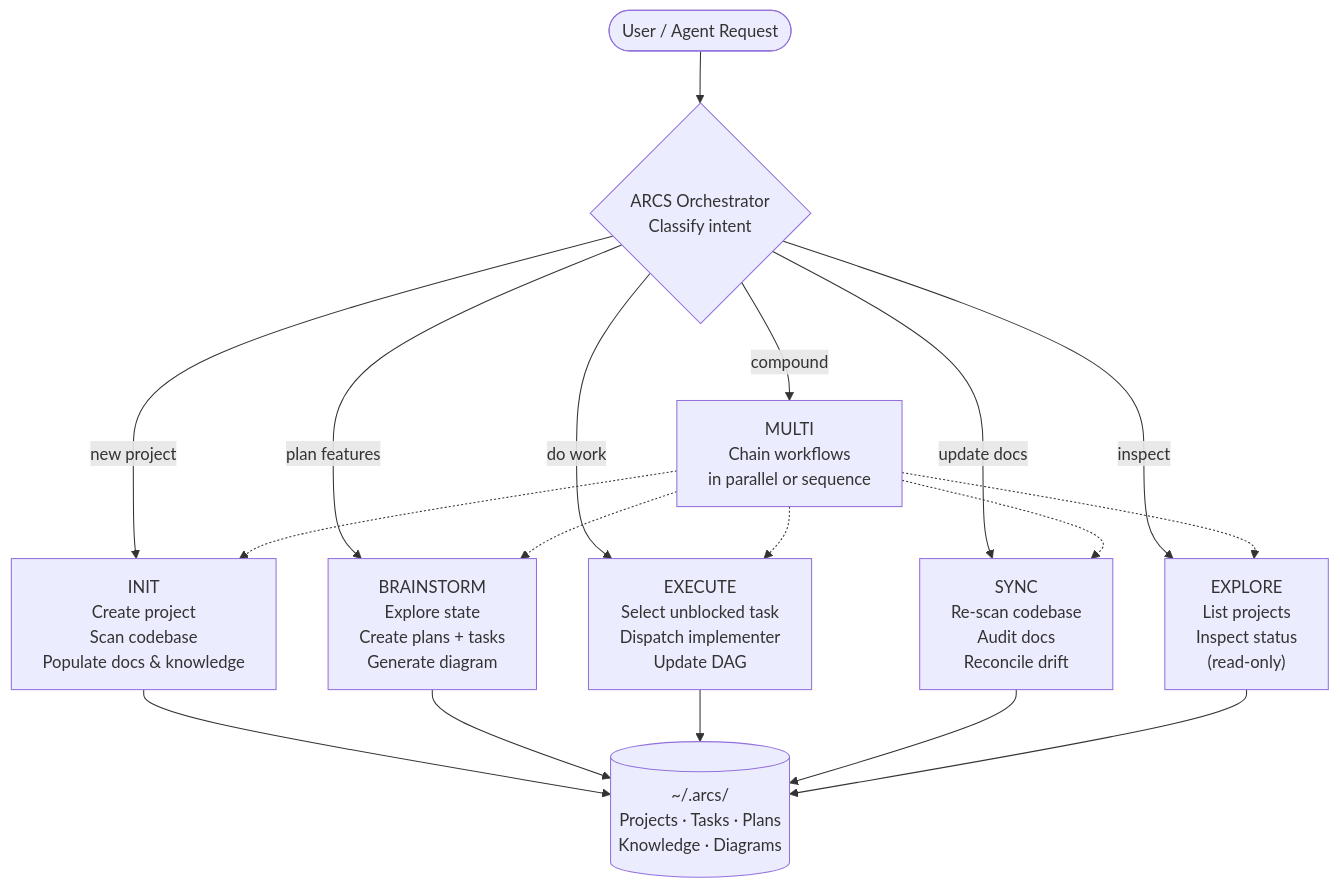
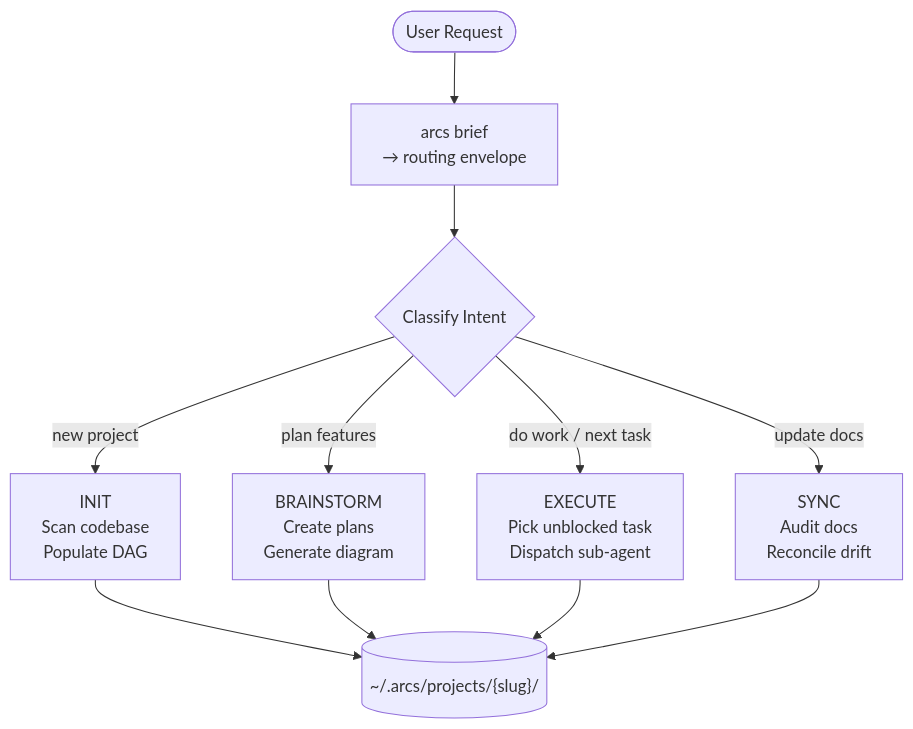
One commit to rryando/SPOC changed the first of 2 diagrams in README.md. Above: the diagram before and after it, drawn with Mermaid. The commit also changed other lines of this file, not shown here.

First line of the commit message:
docs: rewrite README around actual agent lifecycle

````diff
--- a/README.md
+++ b/README.md
@@ -55,26 +66,20 @@
 ```mermaid
 flowchart TD
-    User(["User / Agent Request"])
-    Orch{"ARCS Orchestrator\nClassify intent"}
+    User(["User Request"])
+    T0["arcs brief\n→ routing envelope"]
+    Classify{"Classify Intent"}
 
-    Init["INIT\nCreate project\nScan codebase\nPopulate docs & knowledge"]
-    Brain["BRAINSTORM\nExplore state\nCreate plans + tasks\nGenerate diagram"]
-    Exec["EXECUTE\nSelect unblocked task\nDispatch implementer\nUpdate DAG"]
-    Sync["SYNC\nRe-scan codebase\nAudit docs\nReconcile drift"]
-    Explore["EXPLORE\nList projects\nInspect status\n(read-only)"]
-    Multi["MULTI\nChain workflows\nin parallel or sequence"]
+    Init["INIT\nScan codebase\nPopulate DAG"]
+    Brain["BRAINSTORM\nCreate plans\nGenerate diagram"]
+    Exec["EXECUTE\nPick unblocked task\nDispatch sub-agent"]
+    Sync["SYNC\nAudit docs\nReconcile drift"]
 
-    DAG[("~/.arcs/\nProjects · Tasks · Plans\nKnowledge · Diagrams")]
+    DAG[("~/.arcs/projects/{slug}/")]
 
-    User --> Orch
-    Orch -- "new project" --> Init
-    Orch -- "plan features" --> Brain
-    Orch -- "do work" --> Exec
-    Orch -- "update docs" --> Sync
-    Orch -- "inspect" --> Explore
-    Orch -- "compound" --> Multi
-
-    Multi -.-> Init & Brain & Exec & Sync & Explore
-
-    Init & Brain & Exec & Sync & Explore --> DAG
+    User --> T0 --> Classify
+    Classify -- "new project" --> Init
+    Classify -- "plan features" --> Brain
+    Classify -- "do work / next task" --> Exec
+    Classify -- "update docs" --> Sync
+    Init & Brain & Exec & Sync --> DAG
 ```
````
